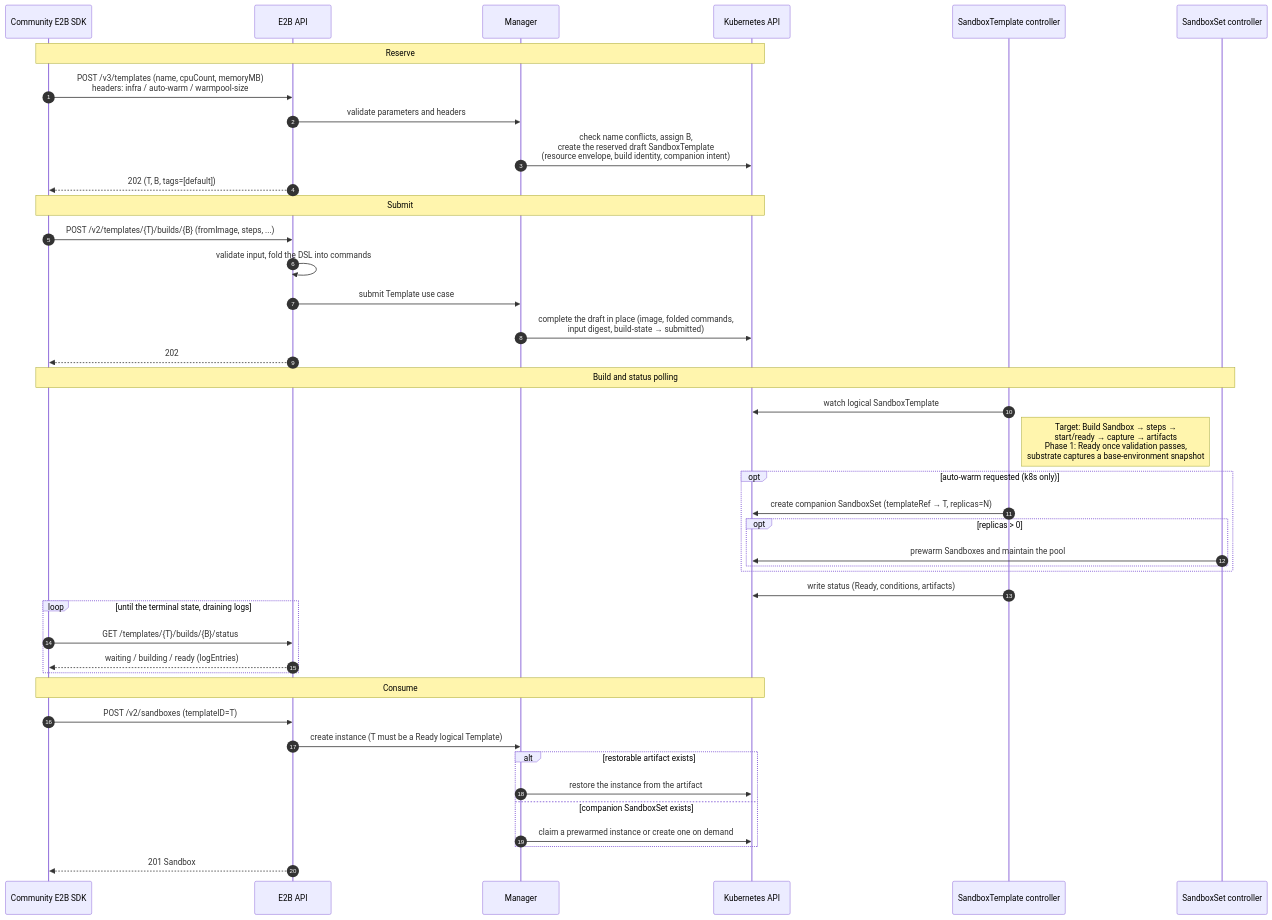
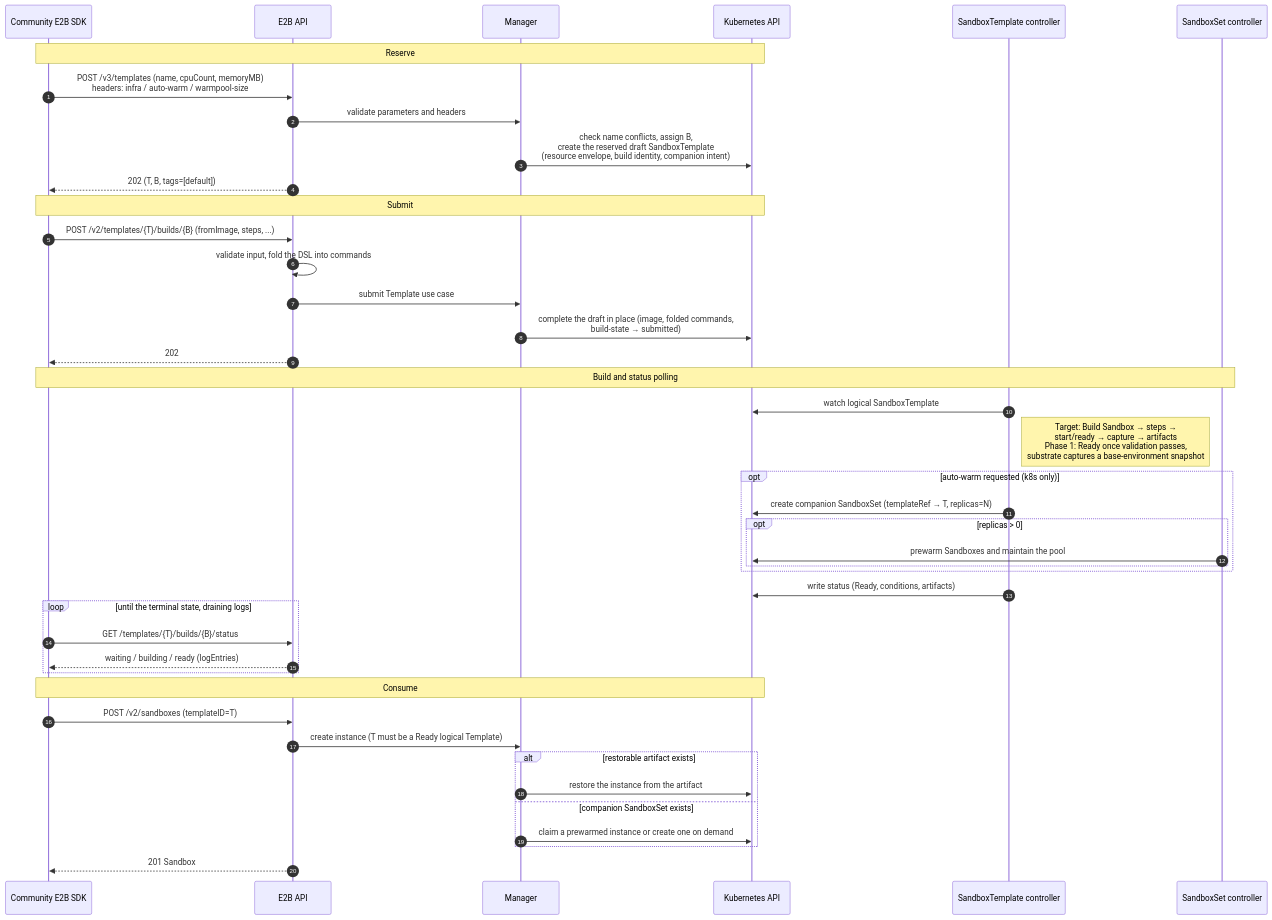
Before and after one commit to openkruise/agents: the diagram in docs/proposals/20260916-sandbox-template-build-and-e2b-compatibility.md, drawn with Mermaid. The commit also changed other lines of this file and 14 other files, not shown here.

````diff
--- a/docs/proposals/20260916-sandbox-template-build-and-e2b-compatibility.md
+++ b/docs/proposals/20260916-sandbox-template-build-and-e2b-compatibility.md
@@ -729,48 +729,48 @@
 ```mermaid
 sequenceDiagram
     autonumber
     participant SDK as Community E2B SDK
     participant API as E2B API
     participant Mgr as Manager
     participant K8s as Kubernetes API
     participant TCtrl as SandboxTemplate controller
     participant SCtrl as SandboxSet controller
 
     note over SDK,K8s: Reserve
     SDK->>API: POST /v3/templates (name, cpuCount, memoryMB)<br/>headers: infra / auto-warm / warmpool-size
     API->>Mgr: validate parameters and headers
     Mgr->>K8s: check name conflicts, assign B,<br/>create the reserved draft SandboxTemplate<br/>(resource envelope, build identity, companion intent)
     API-->>SDK: 202 (T, B, tags=[default])
 
     note over SDK,K8s: Submit
     SDK->>API: POST /v2/templates/{T}/builds/{B} (fromImage, steps, ...)
     API->>API: validate input, fold the DSL into commands
     API->>Mgr: submit Template use case
-    Mgr->>K8s: complete the draft in place (image, folded commands,<br/>input digest, build-state → submitted)
+    Mgr->>K8s: complete the draft in place (image, folded commands,<br/>build-state → submitted)
     API-->>SDK: 202
 
     note over SDK,SCtrl: Build and status polling
     TCtrl->>K8s: watch logical SandboxTemplate
     note right of TCtrl: Target: Build Sandbox → steps →<br/>start/ready → capture → artifacts<br/>Phase 1: Ready once validation passes,<br/>substrate captures a base-environment snapshot
     opt auto-warm requested (k8s only)
         TCtrl->>K8s: create companion SandboxSet (templateRef → T, replicas=N)
         opt replicas > 0
             SCtrl->>K8s: prewarm Sandboxes and maintain the pool
         end
     end
     TCtrl->>K8s: write status (Ready, conditions, artifacts)
     loop until the terminal state, draining logs
         SDK->>API: GET /templates/{T}/builds/{B}/status
         API-->>SDK: waiting / building / ready (logEntries)
     end
 
     note over SDK,K8s: Consume
     SDK->>API: POST /v2/sandboxes (templateID=T)
     API->>Mgr: create instance (T must be a Ready logical Template)
     alt restorable artifact exists
         Mgr->>K8s: restore the instance from the artifact
     else companion SandboxSet exists
         Mgr->>K8s: claim a prewarmed instance or create one on demand
     end
     API-->>SDK: 201 Sandbox
 ```
````
